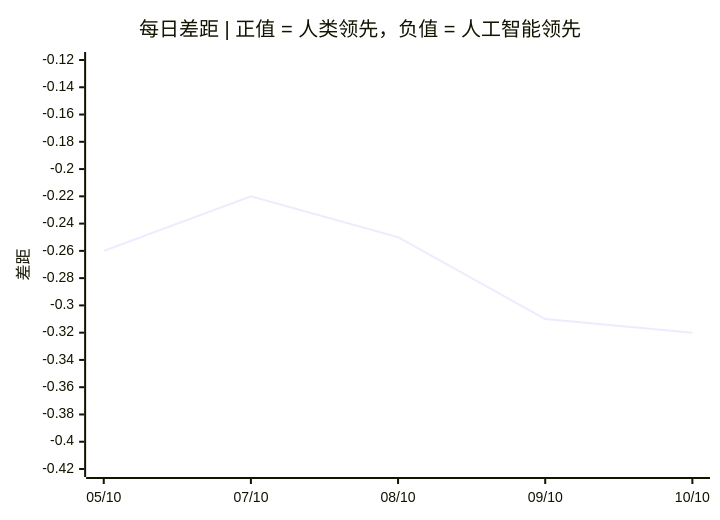
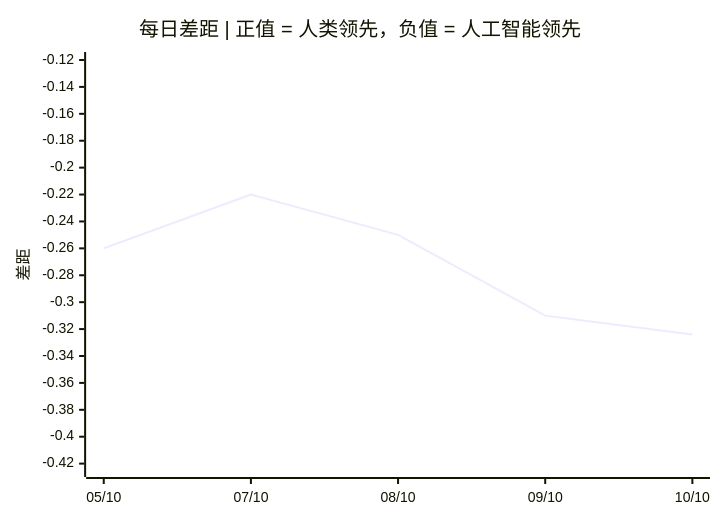
The third of 3 diagrams in README.zh.md (VQQLK/Human-AI-Monitor), drawn with Mermaid before and after one commit. The commit also changed other lines of this file and 2 other files, not shown here.

````diff
--- a/README.zh.md
+++ b/README.zh.md
@@ -56,7 +56,7 @@
 ```mermaid
 xychart-beta
     title "每日差距 | 正值 = 人类领先，负值 = 人工智能领先"
     x-axis ["05/10", "07/10", "08/10", "09/10", "10/10"]
-    y-axis "差距" -0.42 --> -0.12
-    line [-0.26, -0.22, -0.25, -0.31, -0.32]
+    y-axis "差距" -0.424 --> -0.120
+    line [-0.260, -0.220, -0.250, -0.310, -0.324]
 ```
````
